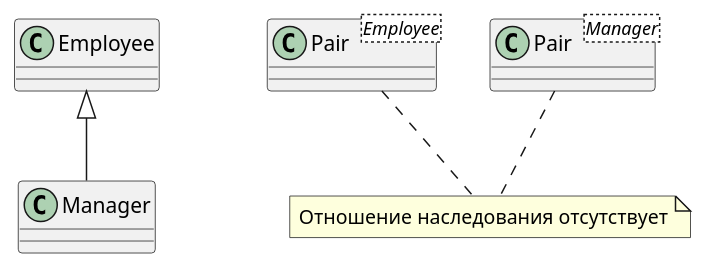
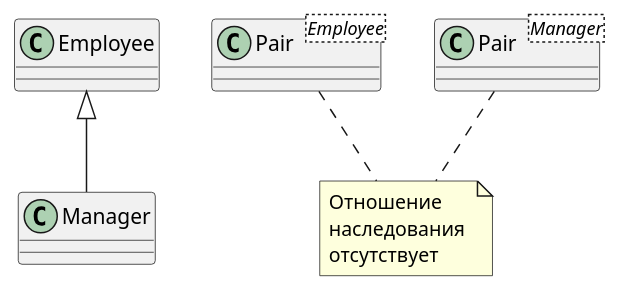
One commit to sectorsj/learnbooks changed the diagram in hortsmann_v_one/src/main/resources/_416/pic_8_1.puml. Above: the diagram before and after it, drawn with PlantUML. The commit also changed 1 other file, not shown here.

```diff
--- a/hortsmann_v_one/src/main/resources/_416/pic_8_1.puml
+++ b/hortsmann_v_one/src/main/resources/_416/pic_8_1.puml
@@ -1,13 +1,13 @@
 @startuml
 'https://plantuml.com/class-diagram
 
 Employee <|-- Manager
 
 class "Pair<Employee>" as Pair1
 class "Pair<Manager>" as Pair2
-note "Отношение наследования отсутствует" as N1
+note "Отношение \nнаследования \nотсутствует" as N1
 
 Pair1..N1
 Pair2..N1
 
 @enduml
```
